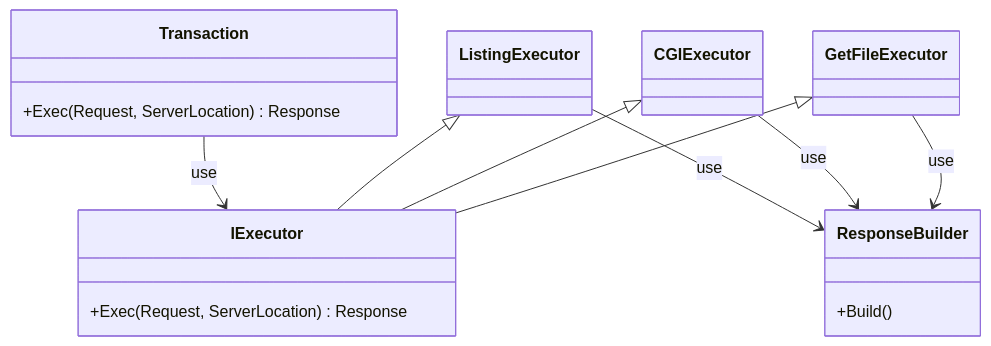
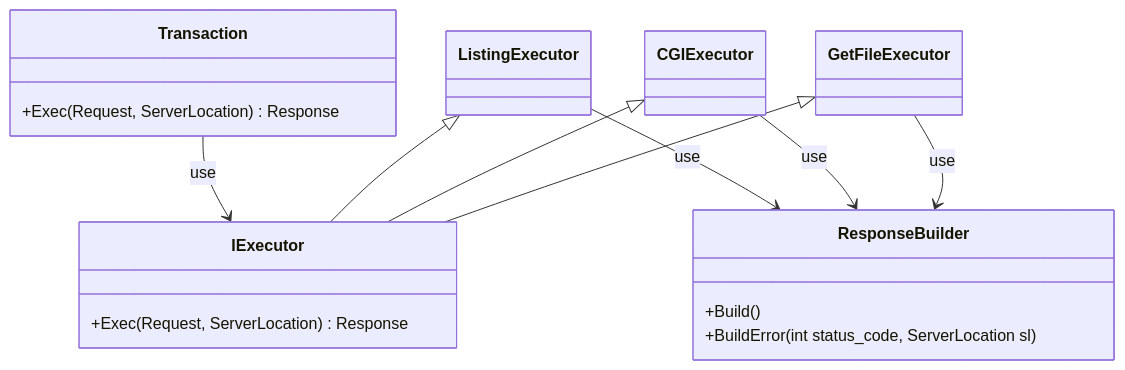
The diagram in docs/class/transaction_class.md (katataku/webserv), drawn with Mermaid before and after one commit. The commit also changed other lines of this file and 1 other file, not shown here.

````diff
--- a/docs/class/transaction_class.md
+++ b/docs/class/transaction_class.md
@@ -1,34 +1,36 @@
 ```mermaid
 classDiagram
     GetFileExecutor <|-- IExecutor
     CGIExecutor <|-- IExecutor
     ListingExecutor <|-- IExecutor
 
     Transaction --> IExecutor : use
     GetFileExecutor --> ResponseBuilder : use
     CGIExecutor --> ResponseBuilder : use
     ListingExecutor --> ResponseBuilder : use
 
     class GetFileExecutor {
     }
 
     class CGIExecutor {
     }
 
     class ListingExecutor {
     }
 
     class IExecutor {
         +Exec(Request, ServerLocation) Response
     }
 
 
     class Transaction {
         +Exec(Request, ServerLocation) Response
     }
 
+	%% status_code, server_location &&
     class ResponseBuilder {
         +Build()
+		+BuildError(int status_code, ServerLocation sl)
     }
 
 ```
````
